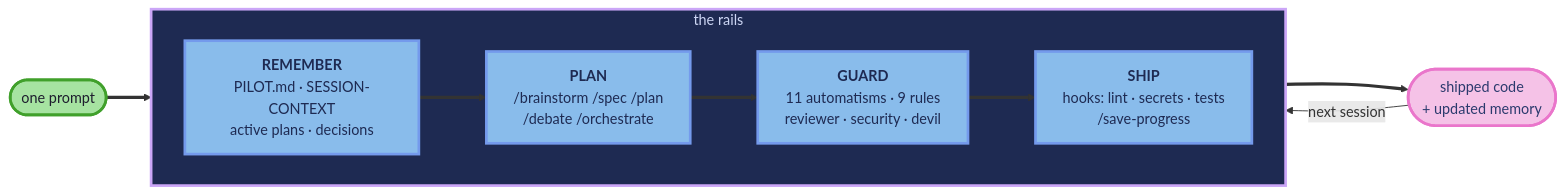
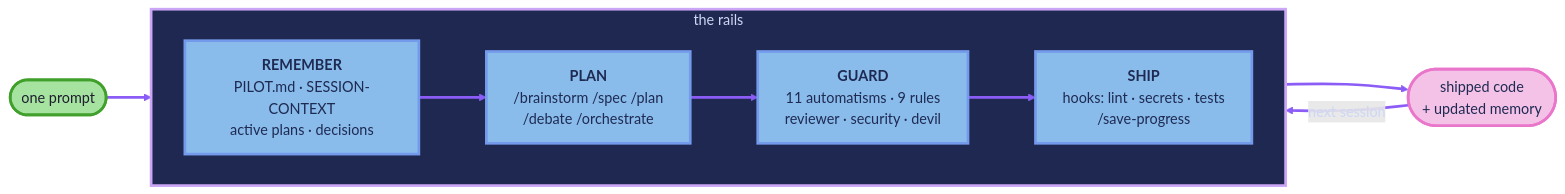
The second of 2 diagrams in README.md (Vincent-20-100/metadev-protocol), drawn with Mermaid before and after one commit. The commit also changed other lines of this file, not shown here.

Commit message:
fix(readme): mermaid edges visible on both dark and light GitHub themes
Original edge color (#cdd6f4 Catppuccin Text) was invisible on GitHub
light mode, and GitHub's default dark edges were invisible on the navy
subgraph backgrounds. Switch both diagrams to saturated mauve (#8b5cf6)
with stroke-width 3 via linkStyle default — readable on navy, white,
and any other background.

````diff
--- a/README.md
+++ b/README.md
@@ -80,25 +82,27 @@
 ```mermaid
 flowchart LR
     classDef io    fill: #a6e3a1,stroke: #40a02b,stroke-width:3px,color:#1e1e2e
     classDef stage fill: #89bceb,stroke: #749aec,stroke-width:3px,color: #1e2a52
-    classDef out   fill: #f5c2e7,stroke: #ea76cb,stroke-width:3px,color: #2b3a6d
+    classDef out   fill: #f5c2e7,stroke: #ea76cb,stroke-width:3px,color: #1e2a52
 
     PROMPT(["one prompt"]):::io
 
     subgraph RAILS["the rails"]
         direction LR
         REMEMBER["<b>REMEMBER</b><br/>PILOT.md · SESSION-CONTEXT<br/>active plans · decisions"]:::stage
         PLAN["<b>PLAN</b><br/>/brainstorm /spec /plan<br/>/debate /orchestrate"]:::stage
         GUARD["<b>GUARD</b><br/>11 automatisms · 9 rules<br/>reviewer · security · devil"]:::stage
         SHIP["<b>SHIP</b><br/>hooks: lint · secrets · tests<br/>/save-progress"]:::stage
         REMEMBER ==> PLAN ==> GUARD ==> SHIP
     end
 
     CODE(["shipped code<br/>+ updated memory"]):::out
 
     PROMPT ==> REMEMBER
     SHIP ==> CODE
     CODE -->|"next session"| REMEMBER
 
-    style RAILS fill: #1e2a52,stroke: #cba6f7,stroke-width:3px,color: #cdd6f4
+    style RAILS fill: #1f2851,stroke: #cba6f7,stroke-width:3px,color: #cdd6f4
+
+    linkStyle default stroke:#8b5cf6,stroke-width:3px,color:#cdd6f4
 ```
````
